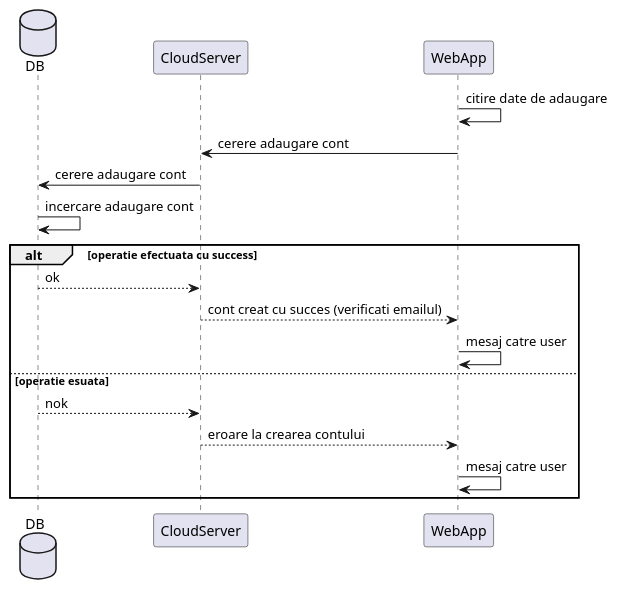
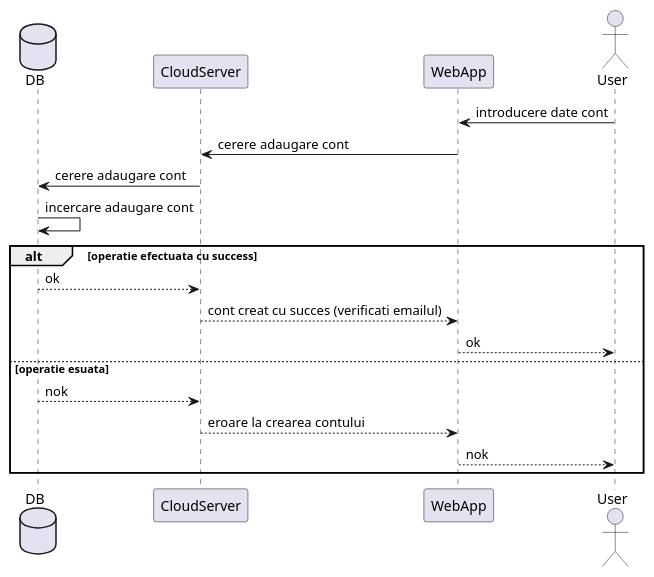
One commit to BVasi/ProiectIP changed the diagram in Sequence_DG/WebApp/adaugare_pacienti.plantuml. Above: the diagram before and after it, drawn with PlantUML. The commit also changed 10 other files, not shown here.

```diff
--- a/Sequence_DG/WebApp/adaugare_pacienti.plantuml
+++ b/Sequence_DG/WebApp/adaugare_pacienti.plantuml
@@ -1,22 +1,23 @@
 @startuml adaugare_pacienti
 
 database DB
 participant CloudServer
 participant WebApp
+actor User
 
-WebApp -> WebApp: citire date de adaugare
+User -> WebApp: introducere date cont
 WebApp -> CloudServer: cerere adaugare cont
 CloudServer -> DB: cerere adaugare cont
 DB -> DB: incercare adaugare cont
 
 alt operatie efectuata cu success
     DB --> CloudServer: ok
     CloudServer --> WebApp: cont creat cu succes (verificati emailul)
-    WebApp -> WebApp: mesaj catre user
+    WebApp --> User: ok
 else operatie esuata
     DB --> CloudServer: nok
     CloudServer --> WebApp: eroare la crearea contului
-    WebApp -> WebApp: mesaj catre user
+    WebApp --> User: nok
 end
 
 @enduml
```
